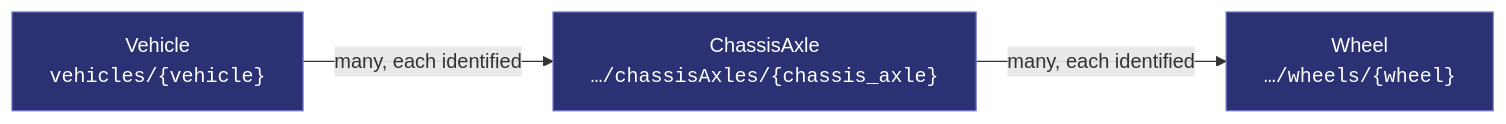
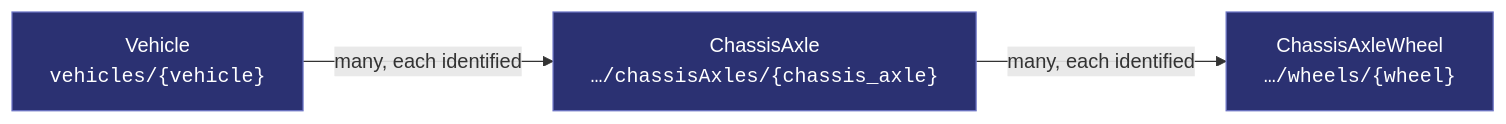
Before and after one commit to oh-tarnished/coversa-protobuf: the first of 4 diagrams in protobuf/covesa/vss/motion/chassis_axle/README.md, drawn with Mermaid. The commit also changed 40 other files, not shown here.

First line of the commit message:
feat: Introduce BrakeAxleWheel and ChassisAxleWheel schemas

````diff
--- a/protobuf/covesa/vss/motion/chassis_axle/README.md
+++ b/protobuf/covesa/vss/motion/chassis_axle/README.md
@@ -18,13 +18,13 @@
 ```mermaid
 flowchart LR
   P["Vehicle<br/><code>vehicles/{vehicle}</code>"]
   R["ChassisAxle<br/><code>…/chassisAxles/{chassis_axle}</code>"]
-  C0["Wheel<br/><code>…/wheels/{wheel}</code>"]
+  C0["ChassisAxleWheel<br/><code>…/wheels/{wheel}</code>"]
 
   P -->|"many, each identified"| R
   R -->|"many, each identified"| C0
 
   classDef res fill:#2B3172,stroke:#6C74C4,color:#fff;
   classDef emb fill:#1d2440,stroke:#4a5178,color:#cfd4ea;
   class R,P,C0 res;
 ```
````
